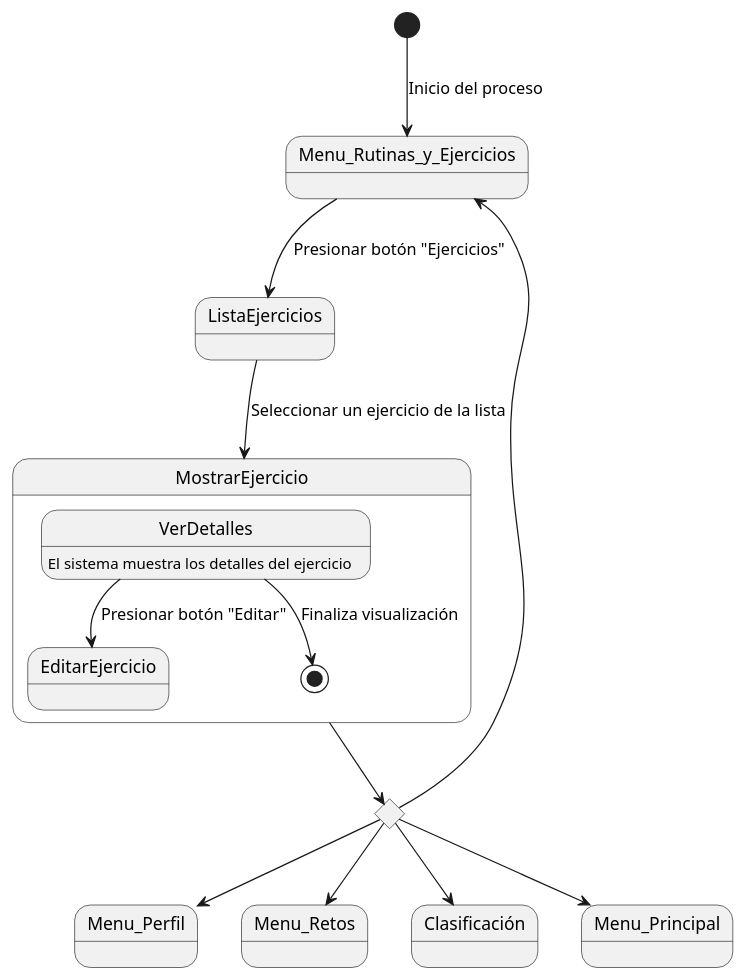
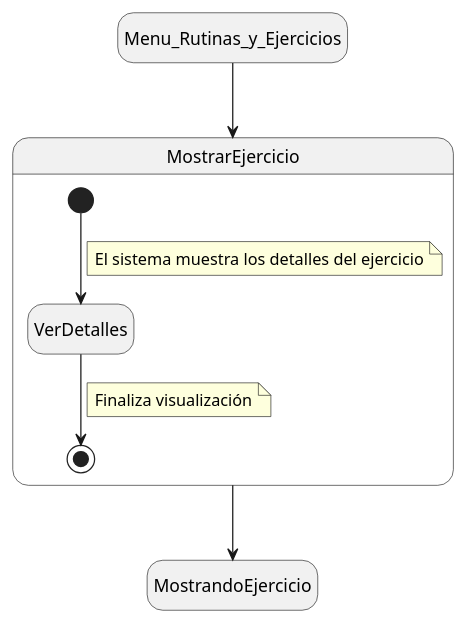
Before and after one commit to mmasias/24-25-IdSw1-SDR: the diagram in Documentos/DetallarCasosDeUso/Alumno/MostrarEjercicio.puml, drawn with PlantUML.

```diff
--- a/Documentos/DetallarCasosDeUso/Alumno/MostrarEjercicio.puml
+++ b/Documentos/DetallarCasosDeUso/Alumno/MostrarEjercicio.puml
@@ -1,18 +1,22 @@
-@startuml
-[*] --> Menu_Rutinas_y_Ejercicios : Inicio del proceso
-state rombo <<choice>>
-rombo --> Menu_Perfil
-rombo --> Menu_Retos
-rombo --> Clasificación
-rombo --> Menu_Rutinas_y_Ejercicios
-rombo --> Menu_Principal
+@startuml 
 
-Menu_Rutinas_y_Ejercicios --> ListaEjercicios : Presionar botón "Ejercicios"
-ListaEjercicios --> MostrarEjercicio : Seleccionar un ejercicio de la lista
-MostrarEjercicio --> rombo
+hide empty description
+
+state Menu_Rutinas_y_Ejercicios
+state MostrandoEjercicio
 state MostrarEjercicio {
-  VerDetalles : El sistema muestra los detalles del ejercicio
-  VerDetalles --> EditarEjercicio : Presionar botón "Editar"
-  VerDetalles --> [*] : Finaliza visualización
+  [*] --> VerDetalles
+  note on link
+    El sistema muestra los detalles del ejercicio
+  end note
+ 
+  VerDetalles --> [*]
+  note on link
+    Finaliza visualización
+  end note
 }
+
+Menu_Rutinas_y_Ejercicios --> MostrarEjercicio
+MostrarEjercicio --> MostrandoEjercicio
+
 @enduml
```
